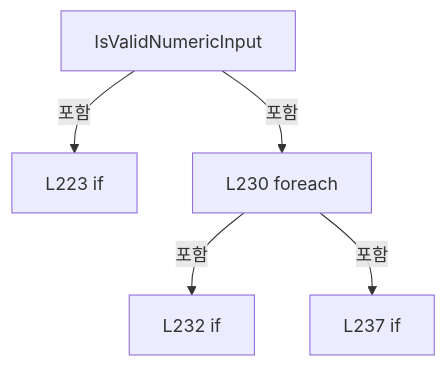
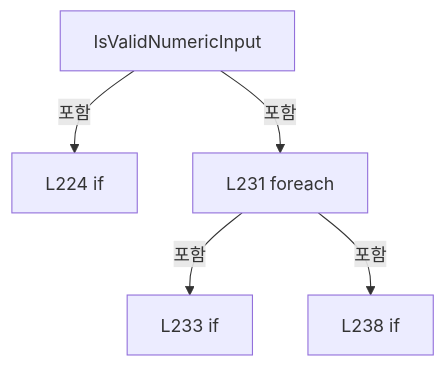
One commit to kjuws10-rgb/Shared changed the seventh of 9 diagrams in A3 LD Code Ref/files/Drilling.UI/Popup/CShiftOffsetDialog.xaml.cs.md. Above: the diagram before and after it, drawn with Mermaid. The commit also changed other lines of this file and 1984 other files, not shown here.

Commit message:
docs(a3): update 11.17.0 architecture and complete code reference

````diff
--- a/A3 LD Code Ref/files/Drilling.UI/Popup/CShiftOffsetDialog.xaml.cs.md
+++ b/A3 LD Code Ref/files/Drilling.UI/Popup/CShiftOffsetDialog.xaml.cs.md
@@ -1045,12 +1066,12 @@
 ```mermaid
 flowchart TD
  M["IsValidNumericInput"]
- N0["L223 if"]
+ N0["L224 if"]
  M -->|포함| N0
- N1["L230 foreach"]
+ N1["L231 foreach"]
  M -->|포함| N1
- N2["L232 if"]
+ N2["L233 if"]
  N1 -->|포함| N2
- N3["L237 if"]
+ N3["L238 if"]
  N1 -->|포함| N3
 ```
````
